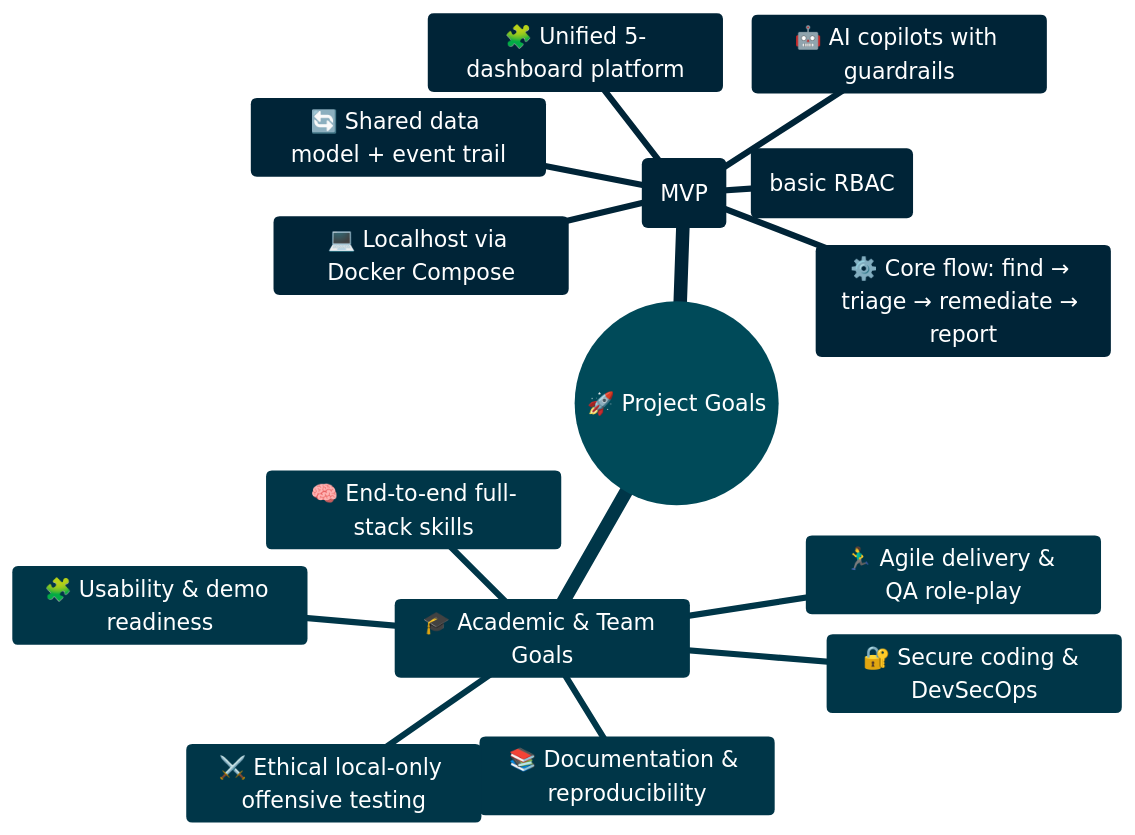
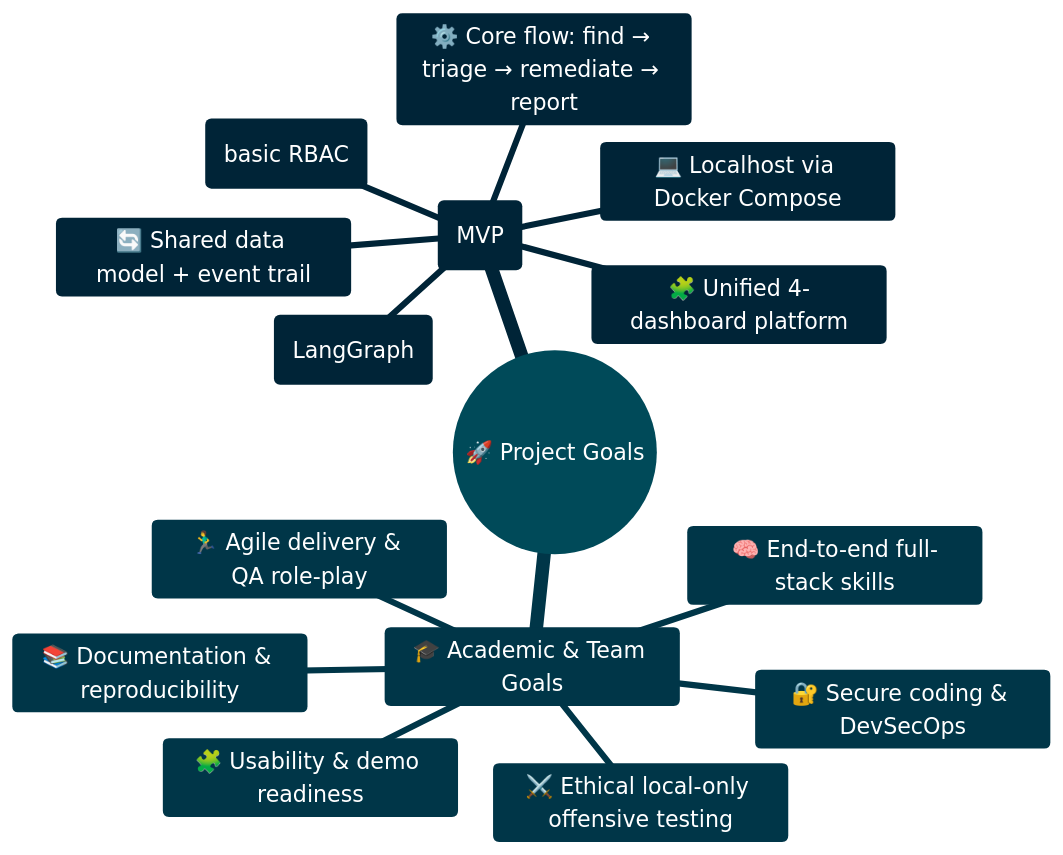
One commit to mahmoud01277599066-design/Advanced-Cybersecurity-Intelligence-Platform-v1 changed the second of 13 diagrams in 0 - Proposal.md. Above: the diagram before and after it, drawn with Mermaid. The commit also changed other lines of this file, not shown here.

````diff
--- a/0 - Proposal.md
+++ b/0 - Proposal.md
@@ -44,32 +24,19 @@
 ```mermaid
-%%{init: {"theme": "base", "themeVariables": {
-    "background": "#0e1117",
-    "primaryColor": "#00b4d8",
-    "primaryTextColor": "#ffffff",
-    "primaryBorderColor": "#00b4d8",
-    "lineColor": "#48cae4",
-    "secondaryColor": "#0077b6",
-    "tertiaryColor": "#0096c7",
-    "textColor": "#ffffff",
-    "fontSize": "18px",
-    "fontFamily": "Inter, Segoe UI, Roboto, sans-serif",
-    "edgeLabelBackground":"#0e1117"
-}}}%%
+%%{init: {"theme": "base", "themeVariables": { "background": "#0e1117", "primaryColor": "#00b4d8", "primaryTextColor": "#ffffff", "primaryBorderColor": "#00b4d8", "lineColor": "#48cae4", "secondaryColor": "#0077b6", "tertiaryColor": "#0096c7", "textColor": "#ffffff", "fontSize": "18px", "fontFamily": "Inter, Segoe UI, Roboto, sans-serif", "edgeLabelBackground":"#0e1117" }}}%%
 mindmap
   root((🚀 Project Goals))
     🌐 Product Goals (MVP)
-      🧩 Unified 5-dashboard platform
+      🧩 Unified 4-dashboard platform
       🔄 Shared data model + event trail
-      🤖 AI copilots with guardrails
+      🤖 AI copilots with guardrails (LangGraph)
       ⚙️ Core flow: find → triage → remediate → report
       💻 Localhost via Docker Compose
       🧑‍💼 Role-based views (basic RBAC)
     🎓 Academic & Team Goals
       🧠 End-to-end full-stack skills
       🏃‍♂️ Agile delivery & QA role-play
       🔐 Secure coding & DevSecOps
       🧩 Usability & demo readiness
       📚 Documentation & reproducibility
       ⚔️ Ethical local-only offensive testing
-
 ```
````
